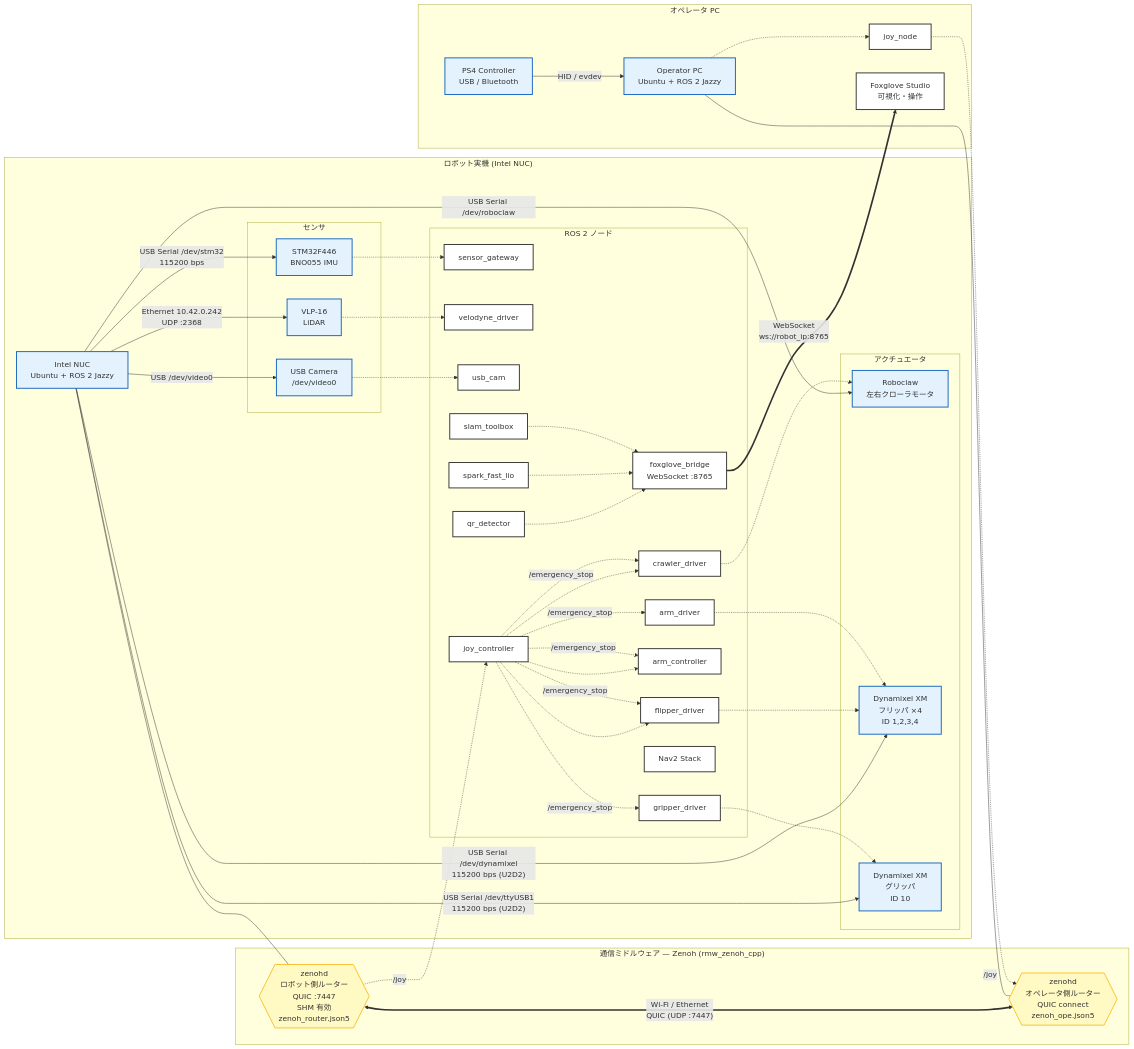
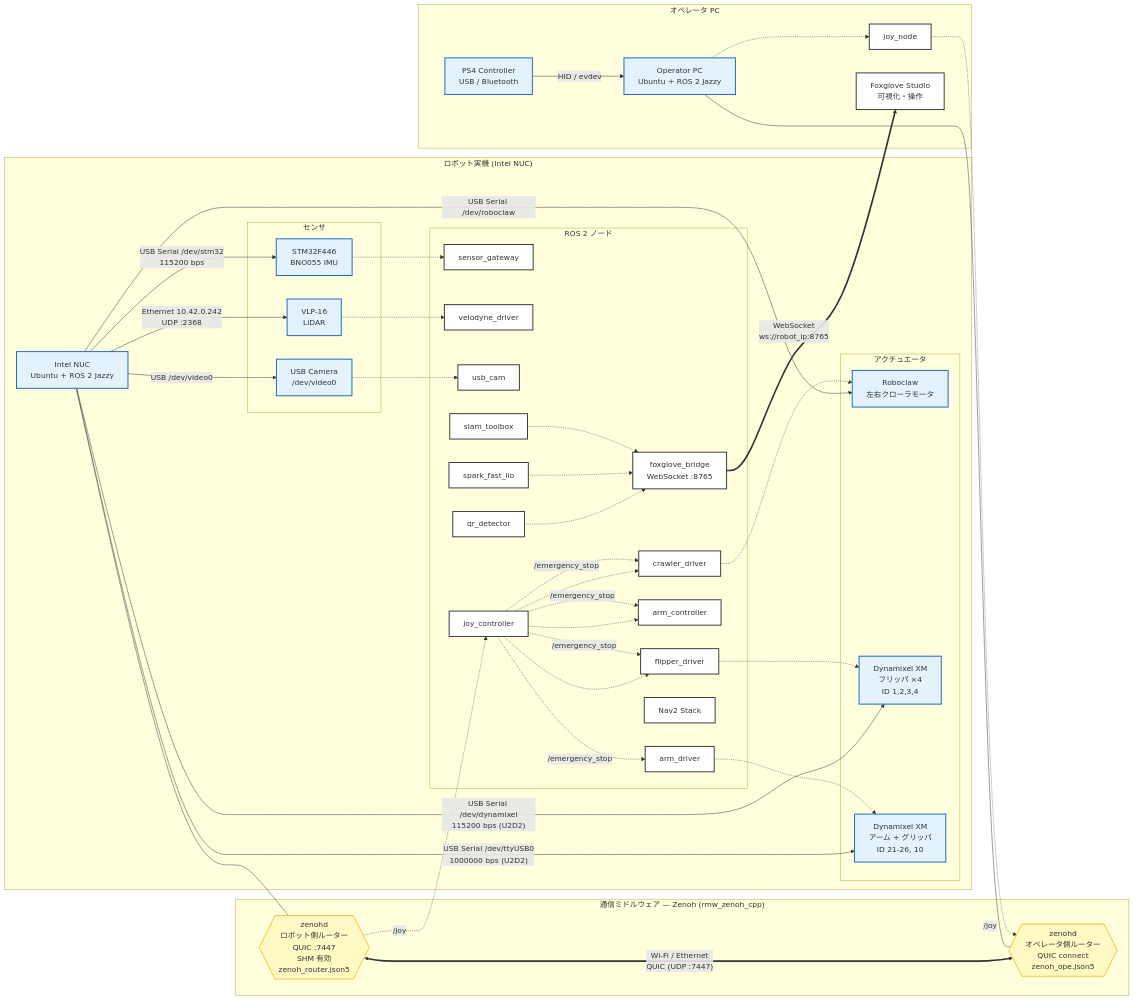
The diagram in main_ws/topology/network_topology.mmd (lazytatzv/rustacean_roborescue), drawn with Mermaid before and after one commit. The commit also changed 3 other files, not shown here.

First line of the commit message:
fix: gripper_driver 削除に伴うビルドエラー修正とドキュメント整理

```diff
--- a/main_ws/topology/network_topology.mmd
+++ b/main_ws/topology/network_topology.mmd
@@ -1,107 +1,104 @@
 graph LR
   %% =============================================
   %% Rustacean RoboRescue — Network & Hardware Topology
   %% =============================================
 
   classDef device fill:#e3f2fd,stroke:#1565c0,stroke-width:2px;
   classDef proto fill:#fff9c4,stroke:#fbc02d,stroke-width:2px;
   classDef ros_node fill:#fff,stroke:#333,stroke-width:2px;
 
   %% =============================================
   %% ロボット実機
   %% =============================================
   subgraph Robot["ロボット実機 (Intel NUC)"]
     NUC[Intel NUC<br/>Ubuntu + ROS 2 Jazzy]:::device
 
     subgraph Sensors["センサ"]
       STM32[STM32F446<br/>BNO055 IMU]:::device
       VLP16[VLP-16<br/>LiDAR]:::device
       USB_CAM[USB Camera<br/>/dev/video0]:::device
     end
 
     subgraph Actuators["アクチュエータ"]
       ROBOCLAW[Roboclaw<br/>左右クローラモータ]:::device
       DXL_F[Dynamixel XM<br/>フリッパ ×4<br/>ID 1,2,3,4]:::device
-      DXL_G[Dynamixel XM<br/>グリッパ<br/>ID 10]:::device
+      DXL_AG[Dynamixel XM<br/>アーム + グリッパ<br/>ID 21-26, 10]:::device
     end
 
     subgraph ROS_Nodes["ROS 2 ノード"]
       N_gateway[sensor_gateway]:::ros_node
       N_vlp[velodyne_driver]:::ros_node
       N_cam[usb_cam]:::ros_node
       N_crawler[crawler_driver]:::ros_node
       N_flipper[flipper_driver]:::ros_node
-      N_gripper[gripper_driver]:::ros_node
       N_spark[spark_fast_lio]:::ros_node
       N_slam[slam_toolbox]:::ros_node
       N_arm[arm_controller]:::ros_node
       N_arm_drv[arm_driver]:::ros_node
       N_qr[qr_detector]:::ros_node
       N_nav2[Nav2 Stack]:::ros_node
       N_joyctrl[joy_controller]:::ros_node
       N_fgbridge[foxglove_bridge<br/>WebSocket :8765]:::ros_node
     end
 
     NUC -- "USB Serial /dev/stm32<br/>115200 bps" --> STM32
     NUC -- "Ethernet 10.42.0.242<br/>UDP :2368" --> VLP16
     NUC -- "USB /dev/video0" --> USB_CAM
     NUC -- "USB Serial /dev/roboclaw" --> ROBOCLAW
     NUC -- "USB Serial /dev/dynamixel<br/>115200 bps (U2D2)" --> DXL_F
-    NUC -- "USB Serial /dev/ttyUSB1<br/>115200 bps (U2D2)" --> DXL_G
+    NUC -- "USB Serial /dev/ttyUSB0<br/>1000000 bps (U2D2)" --> DXL_AG
 
     STM32 -.-> N_gateway
     VLP16 -.-> N_vlp
     USB_CAM -.-> N_cam
     N_crawler -.-> ROBOCLAW
     N_flipper -.-> DXL_F
-    N_arm_drv -.-> DXL_F
-    N_gripper -.-> DXL_G
+    N_arm_drv -.-> DXL_AG
   end
 
   %% =============================================
   %% ネットワーク (Zenoh / QUIC)
   %% =============================================
   subgraph Network["通信ミドルウェア — Zenoh (rmw_zenoh_cpp)"]
     ZENOH_R{{zenohd<br/>ロボット側ルーター<br/>QUIC :7447<br/>SHM 有効<br/>zenoh_router.json5}}:::proto
     ZENOH_O{{zenohd<br/>オペレータ側ルーター<br/>QUIC connect<br/>zenoh_ope.json5}}:::proto
     ZENOH_R <== "Wi-Fi / Ethernet<br/>QUIC (UDP :7447)" ==> ZENOH_O
   end
 
   %% =============================================
   %% オペレータ PC
   %% =============================================
   subgraph Operator["オペレータ PC"]
     OPE_PC[Operator PC<br/>Ubuntu + ROS 2 Jazzy]:::device
     PS4[PS4 Controller<br/>USB / Bluetooth]:::device
     N_joy[joy_node]:::ros_node
     FOXGLOVE[Foxglove Studio<br/>可視化・操作]:::ros_node
 
     PS4 -- "HID / evdev" --> OPE_PC
     OPE_PC -.-> N_joy
   end
 
   %% =============================================
   %% 接続
   %% =============================================
   NUC --- ZENOH_R
   OPE_PC --- ZENOH_O
 
   %% =============================================
   %% トピック経路 (Zenoh 経由)
   %% =============================================
   N_joy -. "/joy" .-> ZENOH_O
   ZENOH_R -. "/joy" .-> N_joyctrl
   N_joyctrl -.-> N_crawler
   N_joyctrl -.-> N_flipper
   N_joyctrl -.-> N_arm
   N_joyctrl -. "/emergency_stop" .-> N_crawler
   N_joyctrl -. "/emergency_stop" .-> N_flipper
   N_joyctrl -. "/emergency_stop" .-> N_arm
   N_joyctrl -. "/emergency_stop" .-> N_arm_drv
-  N_joyctrl -. "/emergency_stop" .-> N_gripper
 
   N_qr -.-> N_fgbridge
   N_spark -.-> N_fgbridge
   N_slam -.-> N_fgbridge
 
   N_fgbridge == "WebSocket<br/>ws://robot_ip:8765" ==> FOXGLOVE
```
